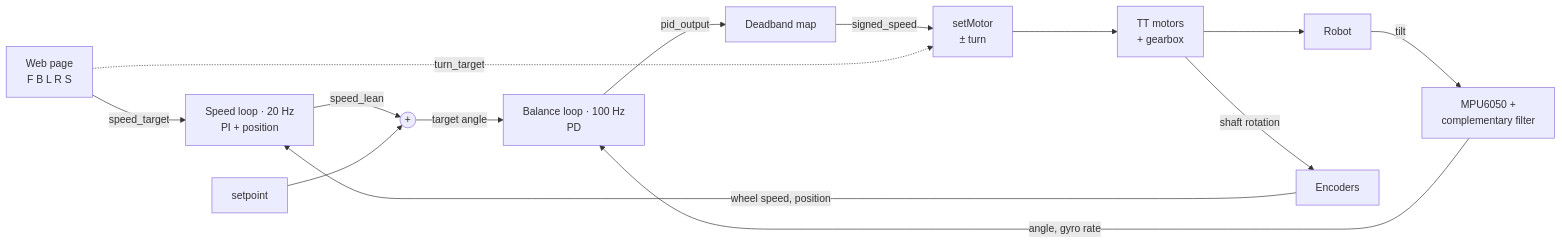
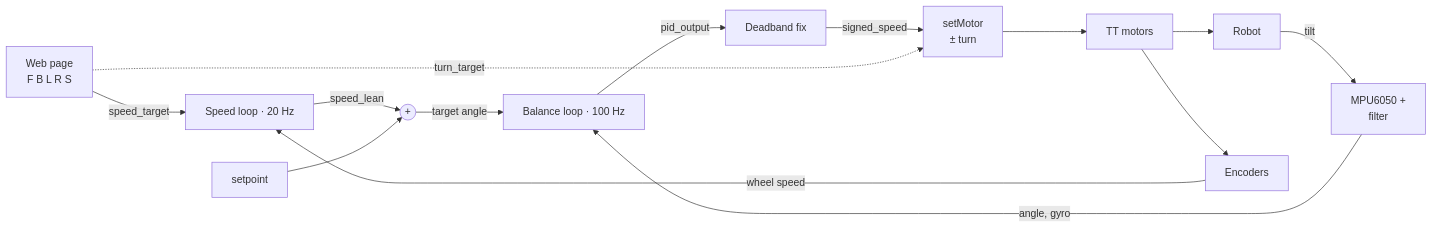
The diagram in README.md (Xxfliph/self-balancing-robot), drawn with Mermaid before and after one commit. The commit also changed other lines of this file, not shown here.

````diff
--- a/README.md
+++ b/README.md
@@ -42,16 +43,16 @@
 ```mermaid
 flowchart LR
-  web["Web page<br/>F B L R S"] -->|speed_target| spd["Speed loop · 20 Hz<br/>PI + position"]
+  web["Web page<br/>F B L R S"] -->|speed_target| spd["Speed loop · 20 Hz"]
   spd -->|speed_lean| sum(("+"))
   sp["setpoint"] --> sum
-  sum -->|target angle| bal["Balance loop · 100 Hz<br/>PD"]
-  bal -->|pid_output| db["Deadband map"]
+  sum -->|target angle| bal["Balance loop · 100 Hz"]
+  bal -->|pid_output| db["Deadband fix"]
   db -->|signed_speed| mix["setMotor<br/>± turn"]
   web -.->|turn_target| mix
-  mix --> mot["TT motors<br/>+ gearbox"]
+  mix --> mot["TT motors"]
   mot --> body["Robot"]
-  body -->|tilt| imu["MPU6050 +<br/>complementary filter"]
-  imu -->|angle, gyro rate| bal
-  mot -->|shaft rotation| enc["Encoders"]
-  enc -->|wheel speed, position| spd
+  body -->|tilt| imu["MPU6050 +<br/>filter"]
+  imu -->|angle, gyro| bal
+  mot --> enc["Encoders"]
+  enc -->|wheel speed| spd
 ```
````
